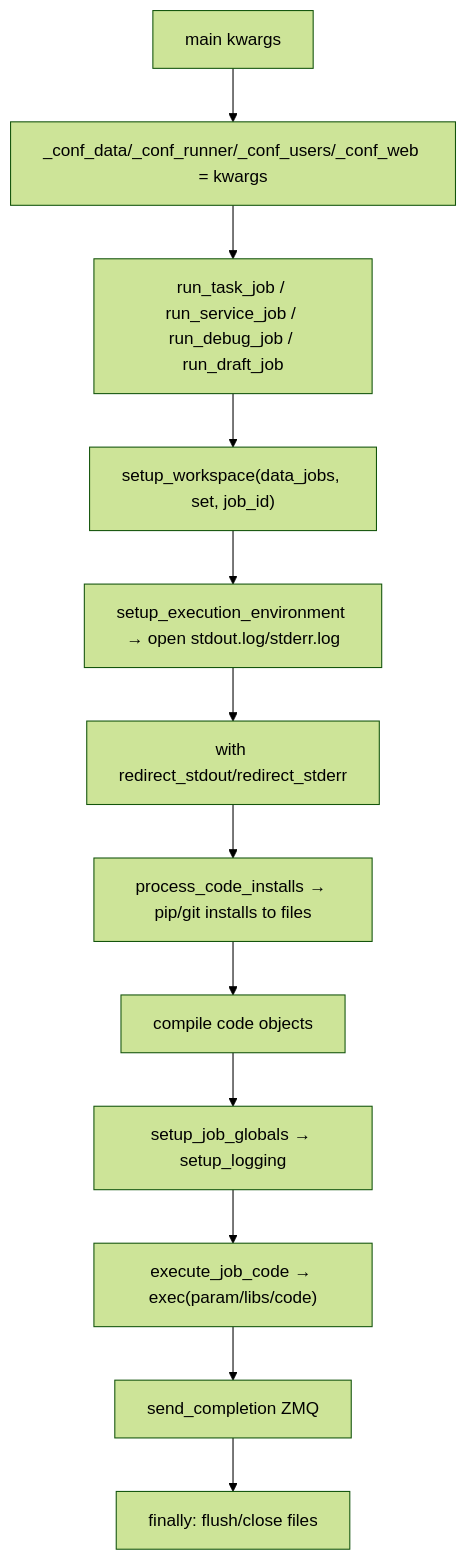
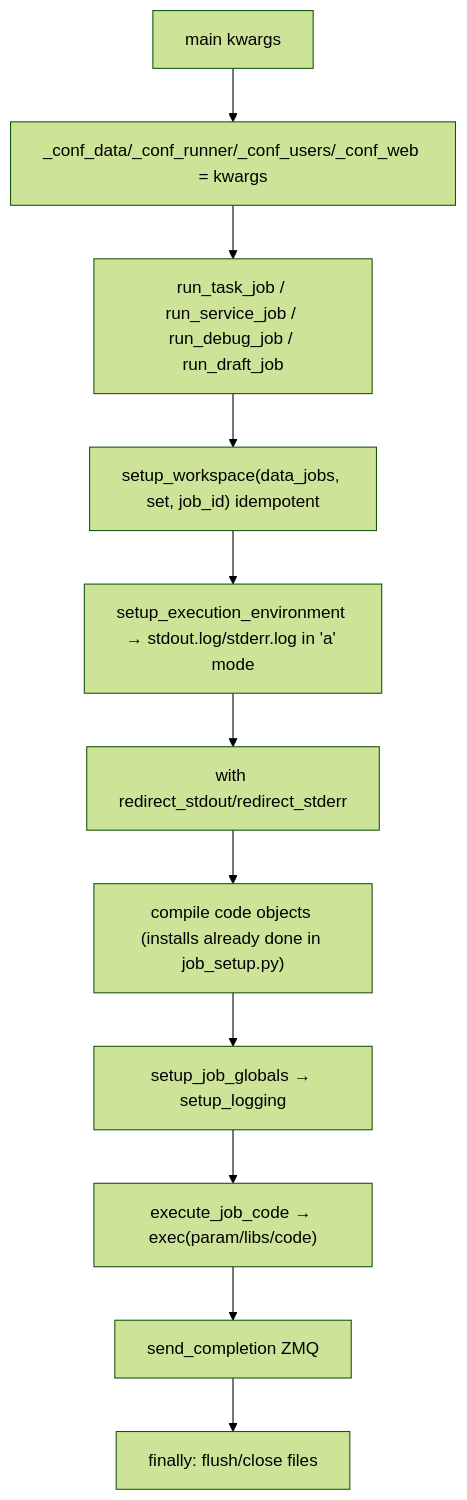
Before and after one commit to pyops-project/pyops: the seventh of 10 diagrams in doc/insights_app.md, drawn with Mermaid (forest theme). The commit also changed other lines of this file and 22 other files, not shown here.

````diff
--- a/doc/insights_app.md
+++ b/doc/insights_app.md
@@ -277,14 +298,13 @@
 ```mermaid
 graph TD
     A[main kwargs] --> B["_conf_data/_conf_runner/_conf_users/_conf_web = kwargs"]
     B --> C["run_task_job / run_service_job / run_debug_job / run_draft_job"]
-    C --> D["setup_workspace(data_jobs, set, job_id)"]
-    D --> E["setup_execution_environment → open stdout.log/stderr.log"]
+    C --> D["setup_workspace(data_jobs, set, job_id) idempotent"]
+    D --> E["setup_execution_environment → stdout.log/stderr.log in 'a' mode"]
     E --> F["with redirect_stdout/redirect_stderr"]
-    F --> G["process_code_installs → pip/git installs to files"]
-    G --> H["compile code objects"]
+    F --> H["compile code objects (installs already done in job_setup.py)"]
     H --> I["setup_job_globals → setup_logging"]
     I --> J["execute_job_code → exec(param/libs/code)"]
     J --> K["send_completion ZMQ"]
     K --> L["finally: flush/close files"]
 ```
````
